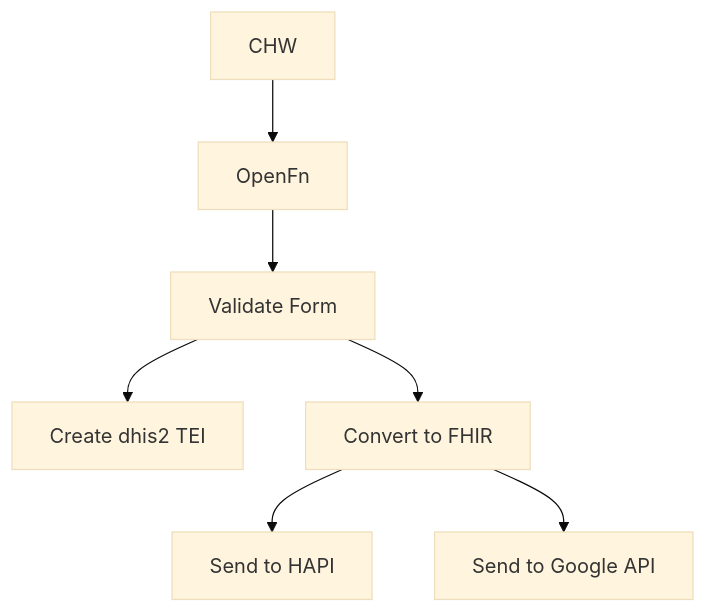
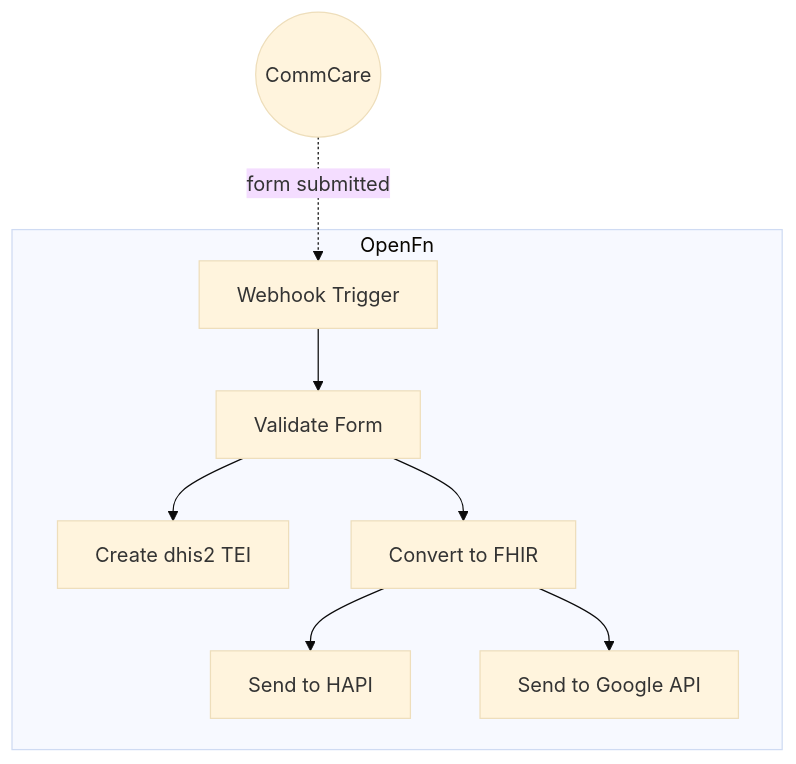
One commit to OpenFn/instant-demo changed the diagram in README.md. Above: the diagram before and after it, drawn with Mermaid (base theme). The commit also changed other lines of this file, not shown here.

Commit message:
update mermaid again

````diff
--- a/README.md
+++ b/README.md
@@ -9,9 +9,11 @@
 ```mermaid
 flowchart TD
-    c[CHW] --> o[OpenFn]
+    c((CommCare)) -.->|form submitted| o[Webhook Trigger]
+    subgraph OpenFn
     o --> v[Validate Form]
     v --> d[Create dhis2 TEI]
     v --> f[Convert to FHIR]
     f --> h[Send to HAPI]
     f --> g[Send to Google API]
+    end
 ```
````
